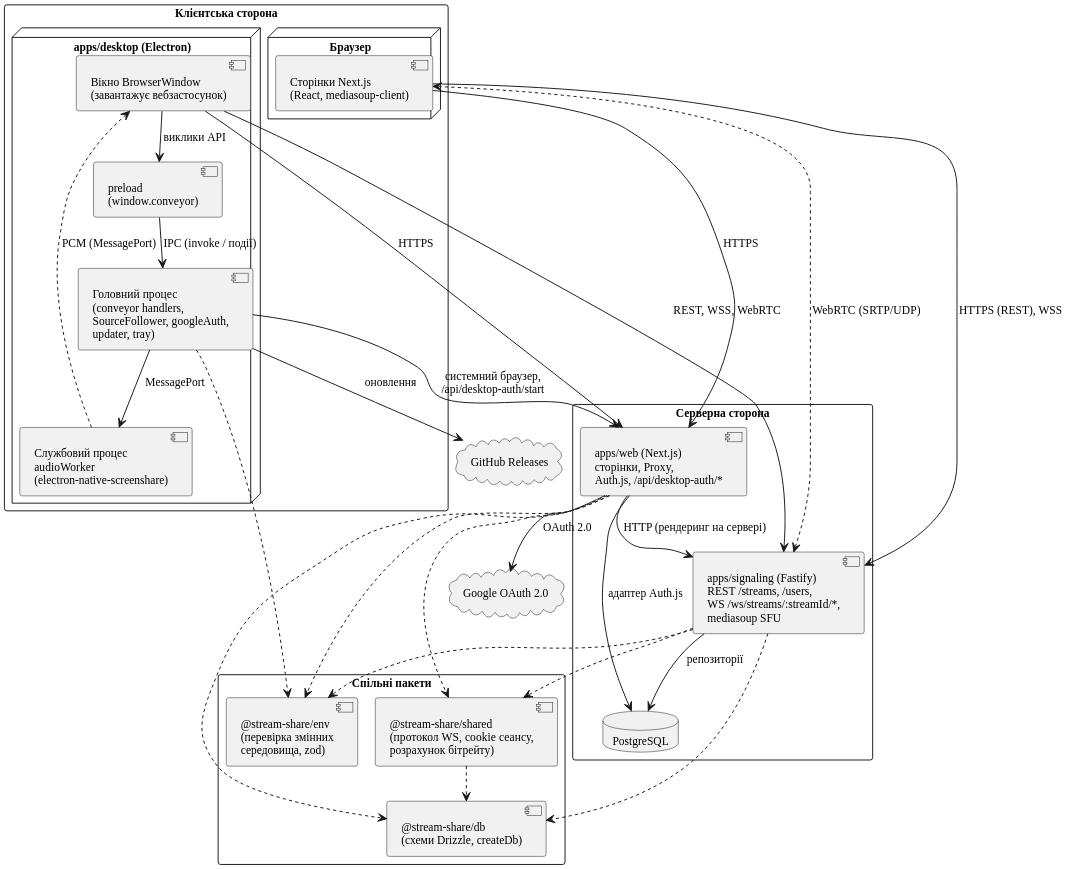
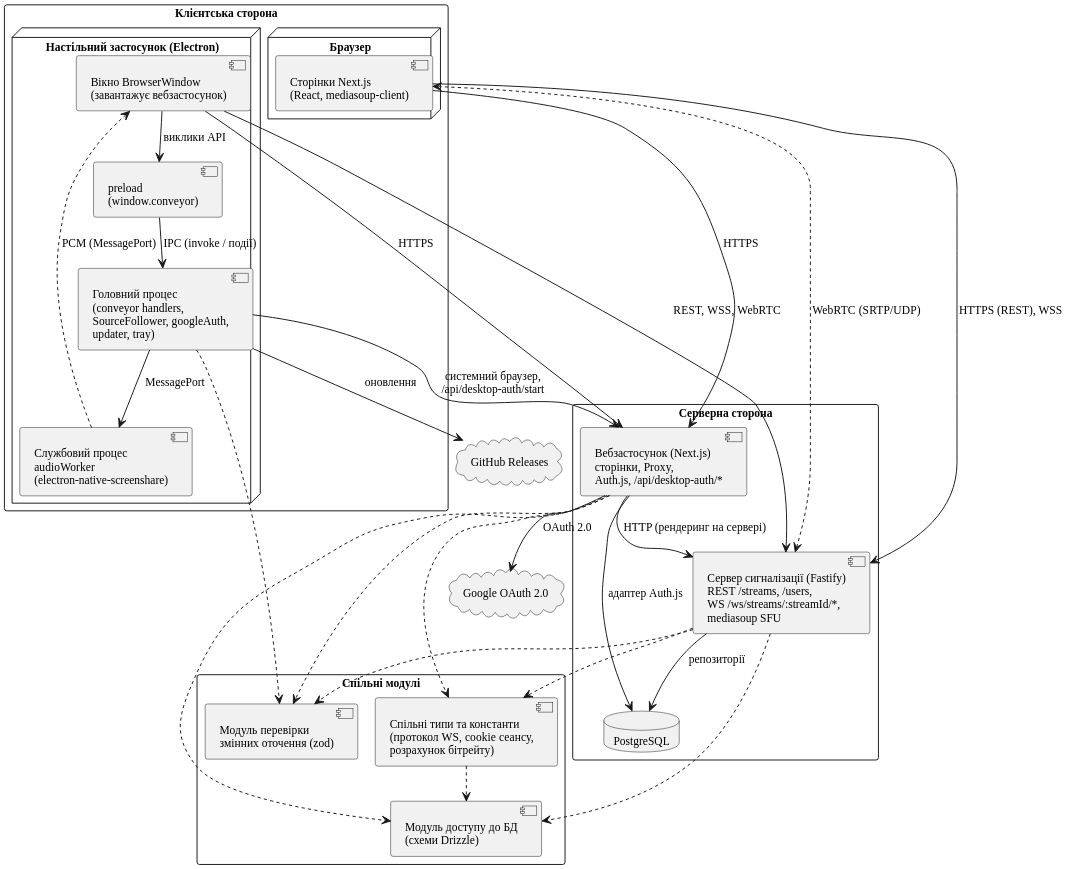
Before and after one commit to Nikitos1926/stream-share: the diagram in thesis/diagrams/fig-components.puml, drawn with PlantUML. The commit also changed 16 other files, not shown here.

First line of the commit message:
thesis: style pass on ch.3 and ch.4.2–4.6 — no x.y.z points, no inline code, no paths; diagram labels by role

```diff
--- a/thesis/diagrams/fig-components.puml
+++ b/thesis/diagrams/fig-components.puml
@@ -1,62 +1,62 @@
 @startuml
 !pragma layout smetana
 skinparam defaultFontName "Liberation Serif"
 skinparam dpi 200
 skinparam shadowing false
 skinparam monochrome true
 skinparam defaultFontSize 12
 skinparam componentStyle uml2
 skinparam packageStyle rectangle
 
 package "Клієнтська сторона" {
   node "Браузер" as Browser {
     component "Сторінки Next.js\n(React, mediasoup-client)" as WebClient
   }
-  node "apps/desktop (Electron)" as Desktop {
+  node "Настільний застосунок (Electron)" as Desktop {
     component "Вікно BrowserWindow\n(завантажує вебзастосунок)" as Renderer
     component "preload\n(window.conveyor)" as Preload
     component "Головний процес\n(conveyor handlers,\nSourceFollower, googleAuth,\nupdater, tray)" as Main
     component "Службовий процес\naudioWorker\n(electron-native-screenshare)" as Audio
   }
 }
 
 package "Серверна сторона" {
-  component "apps/web (Next.js)\nсторінки, Proxy,\nAuth.js, /api/desktop-auth/*" as Web
-  component "apps/signaling (Fastify)\nREST /streams, /users,\nWS /ws/streams/:streamId/*,\nmediasoup SFU" as Sig
+  component "Вебзастосунок (Next.js)\nсторінки, Proxy,\nAuth.js, /api/desktop-auth/*" as Web
+  component "Сервер сигналізації (Fastify)\nREST /streams, /users,\nWS /ws/streams/:streamId/*,\nmediasoup SFU" as Sig
   database "PostgreSQL" as PG
 }
 
-package "Спільні пакети" {
-  component "@stream-share/db\n(схеми Drizzle, createDb)" as PDb
-  component "@stream-share/shared\n(протокол WS, cookie сеансу,\nрозрахунок бітрейту)" as PShared
-  component "@stream-share/env\n(перевірка змінних\nсередовища, zod)" as PEnv
+package "Спільні модулі" {
+  component "Модуль доступу до БД\n(схеми Drizzle)" as PDb
+  component "Спільні типи та константи\n(протокол WS, cookie сеансу,\nрозрахунок бітрейту)" as PShared
+  component "Модуль перевірки\nзмінних оточення (zod)" as PEnv
 }
 
 cloud "Google OAuth 2.0" as Google
 cloud "GitHub Releases" as GH
 
 WebClient --> Web : HTTPS
 WebClient --> Sig : HTTPS (REST), WSS
 WebClient <..> Sig : WebRTC (SRTP/UDP)
 Renderer --> Preload : виклики API
 Preload --> Main : IPC (invoke / події)
 Main --> Audio : MessagePort
 Audio ..> Renderer : PCM (MessagePort)
 Renderer --> Web : HTTPS
 Renderer --> Sig : REST, WSS, WebRTC
 Main --> Web : системний браузер,\n/api/desktop-auth/start
 Main --> GH : оновлення
 Web --> Sig : HTTP (рендеринг на сервері)
 Web --> PG : адаптер Auth.js
 Sig --> PG : репозиторії
 Web --> Google : OAuth 2.0
 
 Web ..> PDb
 Web ..> PShared
 Web ..> PEnv
 Sig ..> PDb
 Sig ..> PShared
 Sig ..> PEnv
 Main ..> PEnv
 PShared ..> PDb
 @enduml
```
